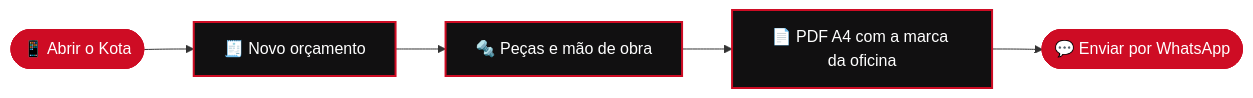
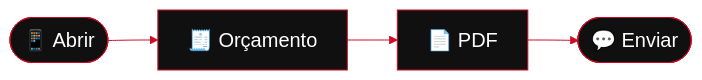
The first of 2 diagrams in README.md (Francisss9/Portfolio), drawn with Mermaid before and after one commit. The commit also changed other lines of this file, not shown here.

````diff
--- a/README.md
+++ b/README.md
@@ -70,12 +87,7 @@
 ```mermaid
+%%{init: {'theme':'base','themeVariables':{'fontSize':'20px','primaryColor':'#111011','primaryTextColor':'#ffffff','primaryBorderColor':'#ce0c24','lineColor':'#ce0c24'}}}%%
 flowchart LR
-    A(["📱 Abrir o Kota"]) --> B["🧾 Novo orçamento"]
-    B --> C["🔩 Peças e mão de obra"]
-    C --> D["📄 PDF A4 com a marca da oficina"]
-    D --> E(["💬 Enviar por WhatsApp"])
-
-    classDef step fill:#111011,stroke:#ce0c24,color:#ffffff,stroke-width:2px
-    classDef edge fill:#ce0c24,stroke:#ce0c24,color:#ffffff
-    class B,C,D step
-    class A,E edge
+    A(["📱 Abrir"]) --> B["🧾 Orçamento"]
+    B --> C["📄 PDF"]
+    C --> D(["💬 Enviar"])
 ```
````
